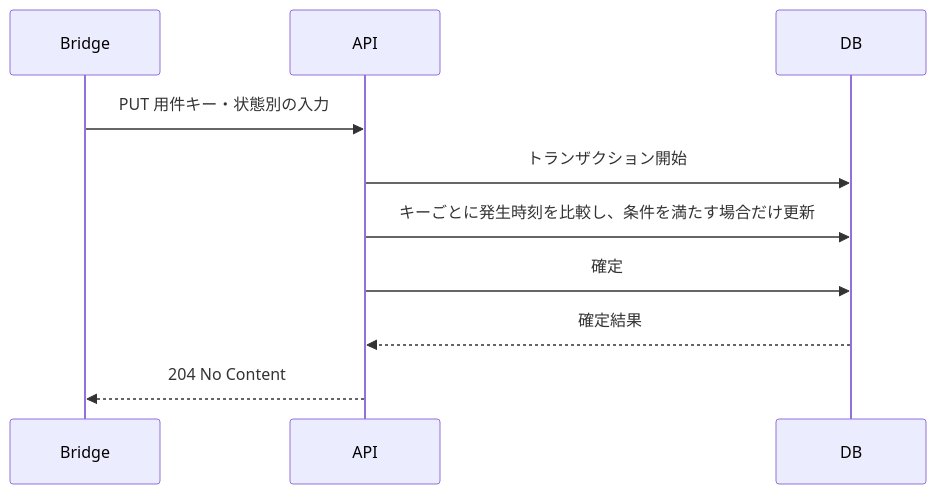
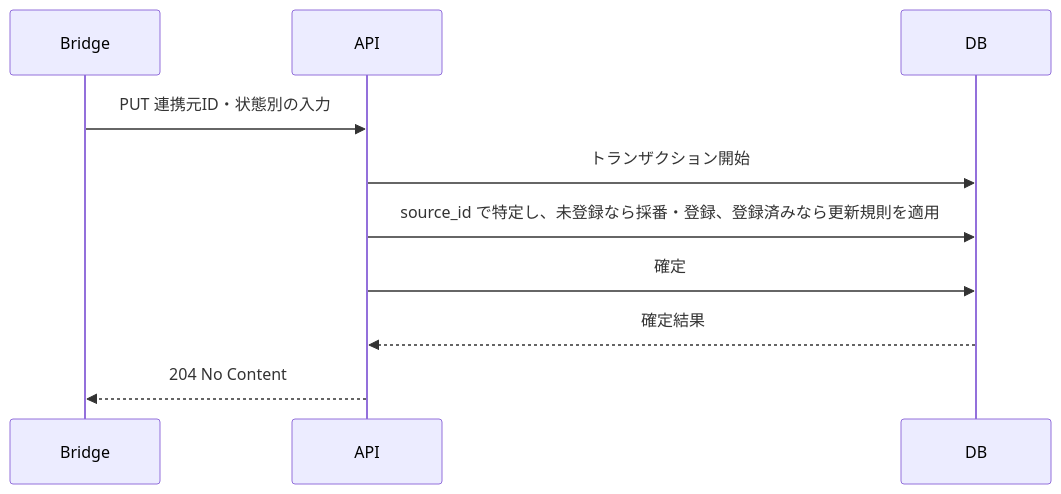
One commit to nishimura-yuma77/preview changed the third of 4 diagrams in reply-watch/docs/spec/features/reply-tracking/API.md. Above: the diagram before and after it, drawn with Mermaid. The commit also changed other lines of this file and 6 other files, not shown here.

````diff
--- a/reply-watch/docs/spec/features/reply-tracking/API.md
+++ b/reply-watch/docs/spec/features/reply-tracking/API.md
@@ -97,9 +97,9 @@
 ```mermaid
 sequenceDiagram
-    Bridge->>API: PUT 用件キー・状態別の入力
+    Bridge->>API: PUT 連携元ID・状態別の入力
     API->>DB: トランザクション開始
-    API->>DB: キーごとに発生時刻を比較し、条件を満たす場合だけ更新
+    API->>DB: source_id で特定し、未登録なら採番・登録、登録済みなら更新規則を適用
     API->>DB: 確定
     DB-->>API: 確定結果
     API-->>Bridge: 204 No Content
 ```
````
